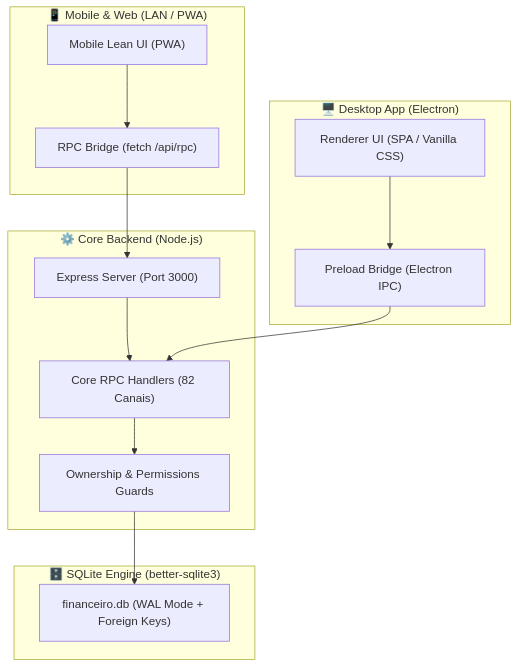
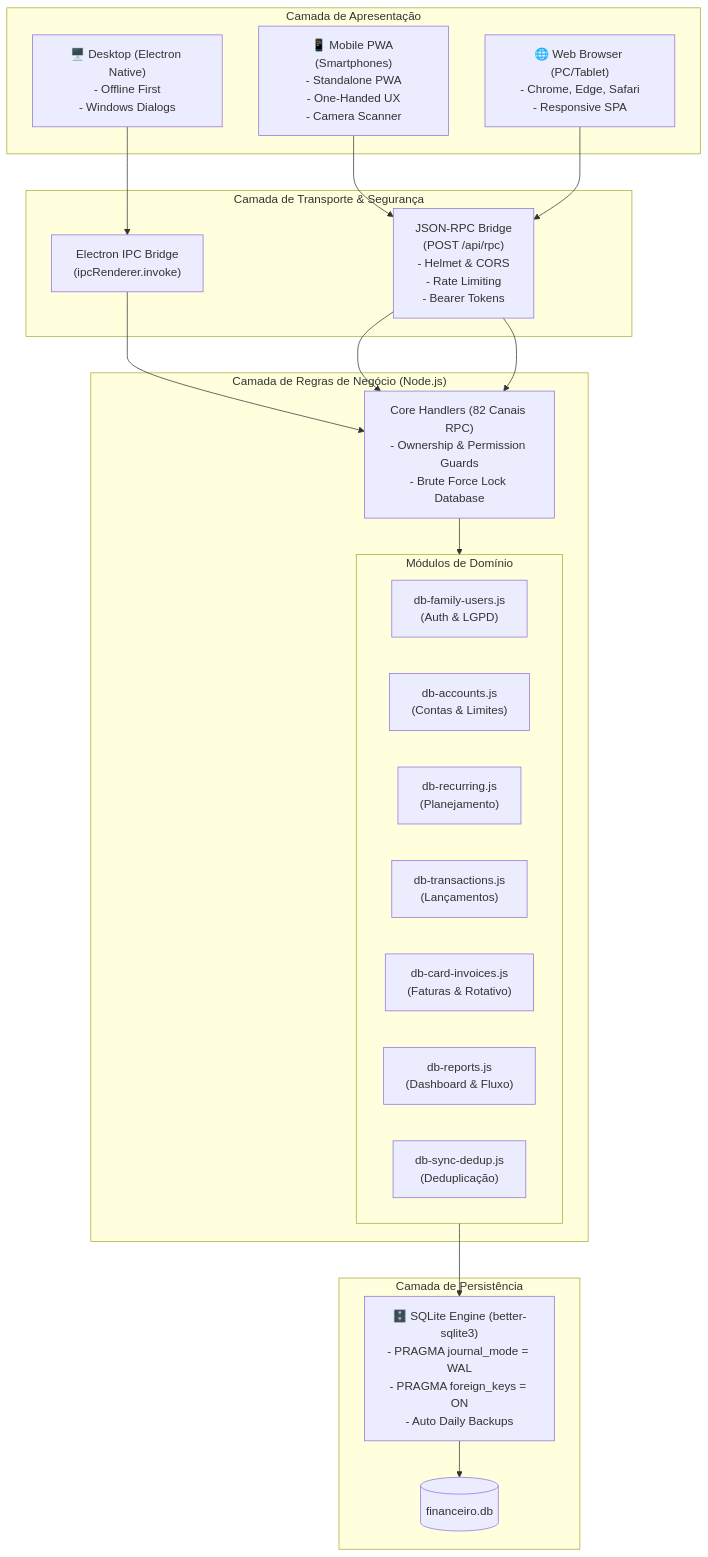
Before and after one commit to naiffnet/familyfinancas: the diagram in README.md, drawn with Mermaid. The commit also changed other lines of this file, not shown here.

Commit message:
docs: add comprehensive documentation for Web, Mobile PWA, LAN sync and cloud deployment

````diff
--- a/README.md
+++ b/README.md
@@ -39,30 +164,39 @@
 ```mermaid
 graph TD
-    subgraph Desktop ["🖥️ Desktop App (Electron)"]
-        UI_Desktop["Renderer UI (SPA / Vanilla CSS)"]
-        IPC["Preload Bridge (Electron IPC)"]
-        UI_Desktop --> IPC
+    subgraph ClientLayer ["Camada de Apresentação"]
+        DesktopApp["🖥️ Desktop (Electron Native)\n- Offline First\n- Windows Dialogs"]
+        MobilePWA["📱 Mobile PWA (Smartphones)\n- Standalone PWA\n- One-Handed UX\n- Camera Scanner"]
+        WebBrowser["🌐 Web Browser (PC/Tablet)\n- Chrome, Edge, Safari\n- Responsive SPA"]
     end
 
-    subgraph Mobile ["📱 Mobile & Web (LAN / PWA)"]
-        UI_Mobile["Mobile Lean UI (PWA)"]
-        HTTP_RPC["RPC Bridge (fetch /api/rpc)"]
-        UI_Mobile --> HTTP_RPC
+    subgraph TransportLayer ["Camada de Transporte & Segurança"]
+        IPC["Electron IPC Bridge\n(ipcRenderer.invoke)"]
+        RPC_HTTP["JSON-RPC Bridge\n(POST /api/rpc)\n- Helmet & CORS\n- Rate Limiting\n- Bearer Tokens"]
     end
 
-    subgraph Core ["⚙️ Core Backend (Node.js)"]
-        LAN_Server["Express Server (Port 3000)"]
-        Handlers["Core RPC Handlers (82 Canais)"]
-        Ownership["Ownership & Permissions Guards"]
+    subgraph CoreLayer ["Camada de Regras de Negócio (Node.js)"]
+        CoreRouter["Core Handlers (82 Canais RPC)\n- Ownership & Permission Guards\n- Brute Force Lock Database"]
         
-        HTTP_RPC --> LAN_Server
-        LAN_Server --> Handlers
-        IPC --> Handlers
-        Handlers --> Ownership
+        subgraph DomainModules ["Módulos de Domínio"]
+            ModAuth["db-family-users.js\n(Auth & LGPD)"]
+            ModAccounts["db-accounts.js\n(Contas & Limites)"]
+            ModRecurring["db-recurring.js\n(Planejamento)"]
+            ModTxs["db-transactions.js\n(Lançamentos)"]
+            ModInvoices["db-card-invoices.js\n(Faturas & Rotativo)"]
+            ModReports["db-reports.js\n(Dashboard & Fluxo)"]
+            ModSync["db-sync-dedup.js\n(Deduplicação)"]
+        end
     end
 
-    subgraph Database ["🗄️ SQLite Engine (better-sqlite3)"]
-        DB["financeiro.db (WAL Mode + Foreign Keys)"]
-        Ownership --> DB
+    subgraph DataLayer ["Camada de Persistência"]
+        SQLiteEngine["🗄️ SQLite Engine (better-sqlite3)\n- PRAGMA journal_mode = WAL\n- PRAGMA foreign_keys = ON\n- Auto Daily Backups"]
+        DBFile[("financeiro.db")]
     end
+
+    DesktopApp --> IPC --> CoreRouter
+    MobilePWA --> RPC_HTTP --> CoreRouter
+    WebBrowser --> RPC_HTTP --> CoreRouter
+
+    CoreRouter --> DomainModules
+    DomainModules --> SQLiteEngine --> DBFile
 ```
````
